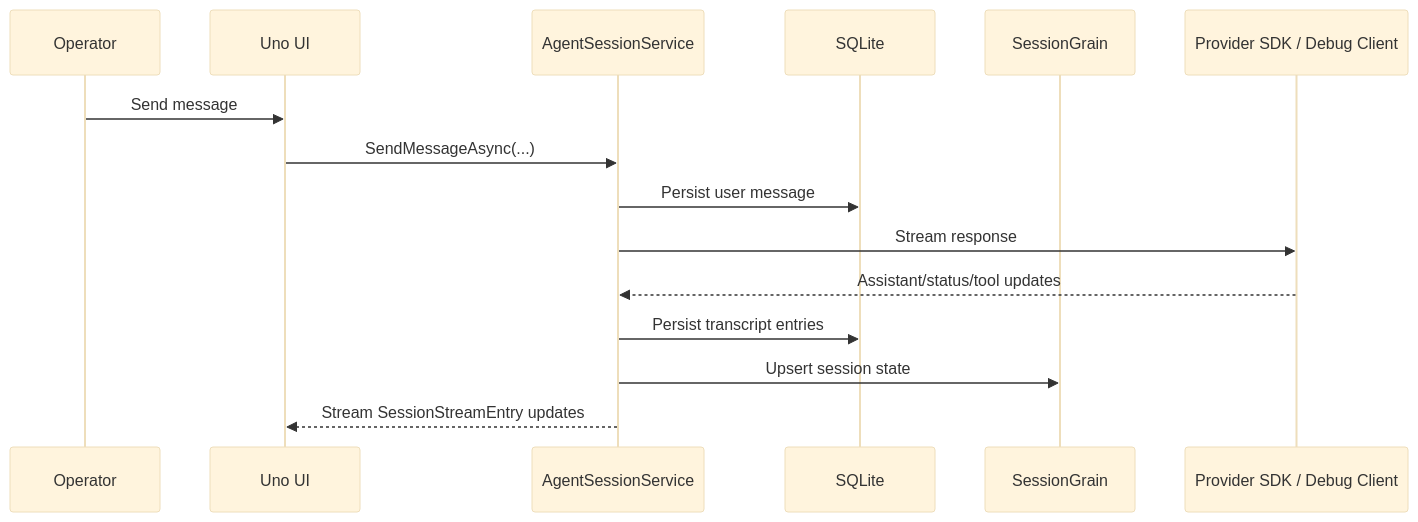
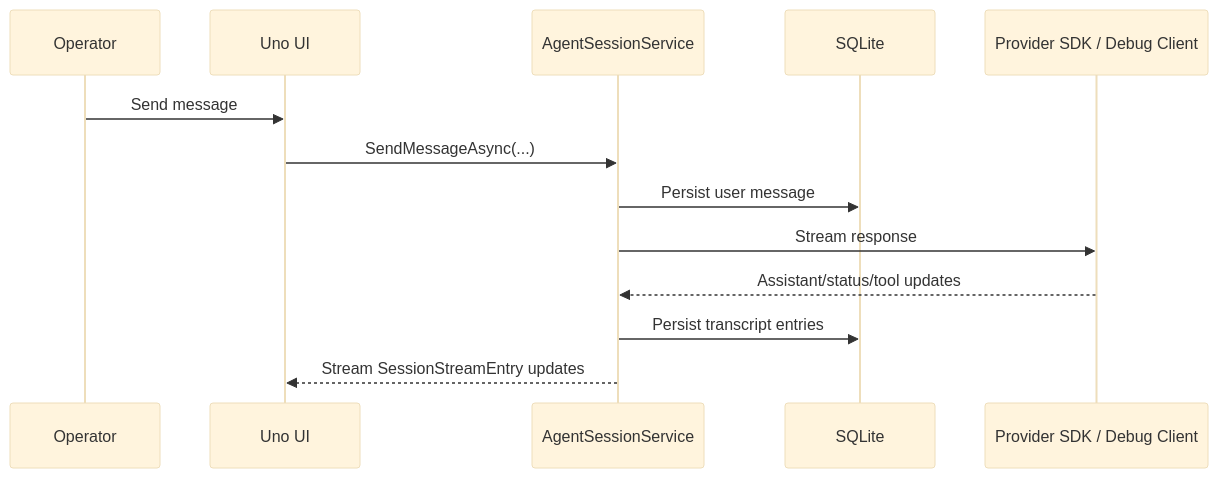
Before and after one commit to managedcode/dotPilot: the second of 2 diagrams in docs/Features/agent-control-plane-experience.md, drawn with Mermaid (base theme). The commit also changed other lines of this file and 61 other files, not shown here.

````diff
--- a/docs/Features/agent-control-plane-experience.md
+++ b/docs/Features/agent-control-plane-experience.md
@@ -67,18 +66,16 @@
 ```mermaid
 sequenceDiagram
   participant Operator
   participant UI as Uno UI
   participant Service as AgentSessionService
   participant DB as SQLite
-  participant Grain as SessionGrain
   participant Provider as Provider SDK / Debug Client
 
   Operator->>UI: Send message
   UI->>Service: SendMessageAsync(...)
   Service->>DB: Persist user message
   Service->>Provider: Stream response
   Provider-->>Service: Assistant/status/tool updates
   Service->>DB: Persist transcript entries
-  Service->>Grain: Upsert session state
   Service-->>UI: Stream SessionStreamEntry updates
 ```
````
